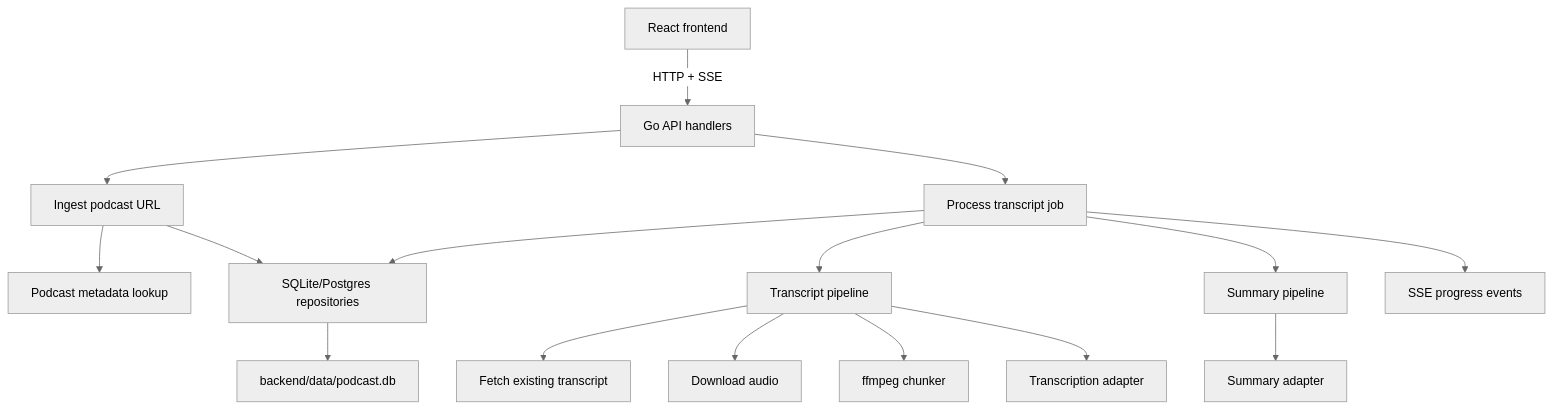
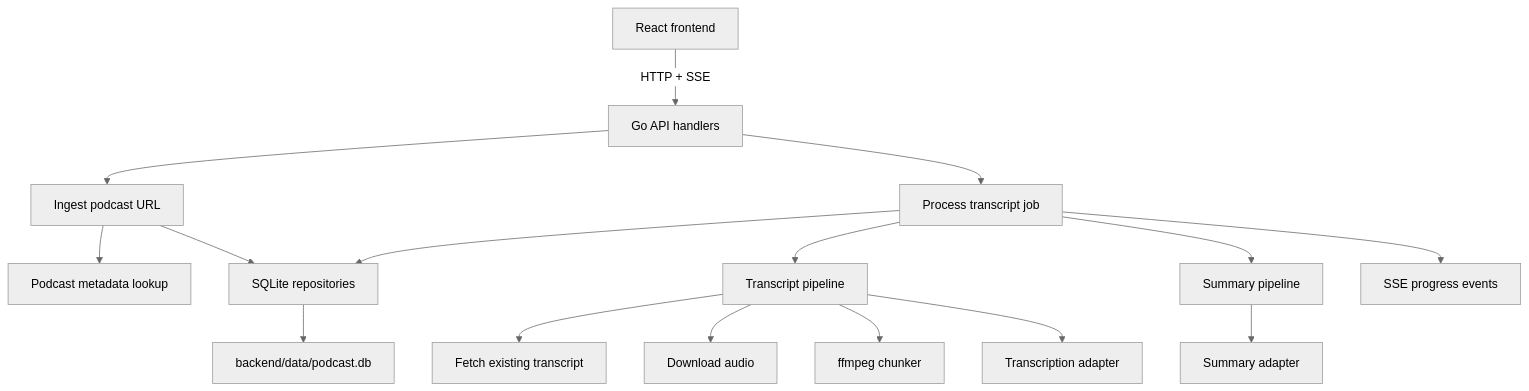
Before and after one commit to yanqian/podcast-summarizer: the diagram in README.md, drawn with Mermaid (neutral theme). The commit also changed other lines of this file and 30 other files, not shown here.

````diff
--- a/README.md
+++ b/README.md
@@ -15,24 +15,24 @@
 ```mermaid
 flowchart TB
   UI["React frontend"] -->|"HTTP + SSE"| API["Go API handlers"]
 
   API --> Ingest["Ingest podcast URL"]
   API --> Jobs["Process transcript job"]
 
   Ingest --> ITunes["Podcast metadata lookup"]
-  Ingest --> Repos["SQLite/Postgres repositories"]
+  Ingest --> Repos["SQLite repositories"]
 
   Jobs --> TranscriptPipeline["Transcript pipeline"]
   Jobs --> SummarySvc["Summary pipeline"]
   Jobs --> Notifier["SSE progress events"]
   Jobs --> Repos
 
   Repos --> LocalDB["backend/data/podcast.db"]
 
   TranscriptPipeline --> TranscriptFetch["Fetch existing transcript"]
   TranscriptPipeline --> Downloader["Download audio"]
   TranscriptPipeline --> FFmpeg["ffmpeg chunker"]
   TranscriptPipeline --> Transcriber["Transcription adapter"]
 
   SummarySvc --> SummaryClient["Summary adapter"]
 ```
````
